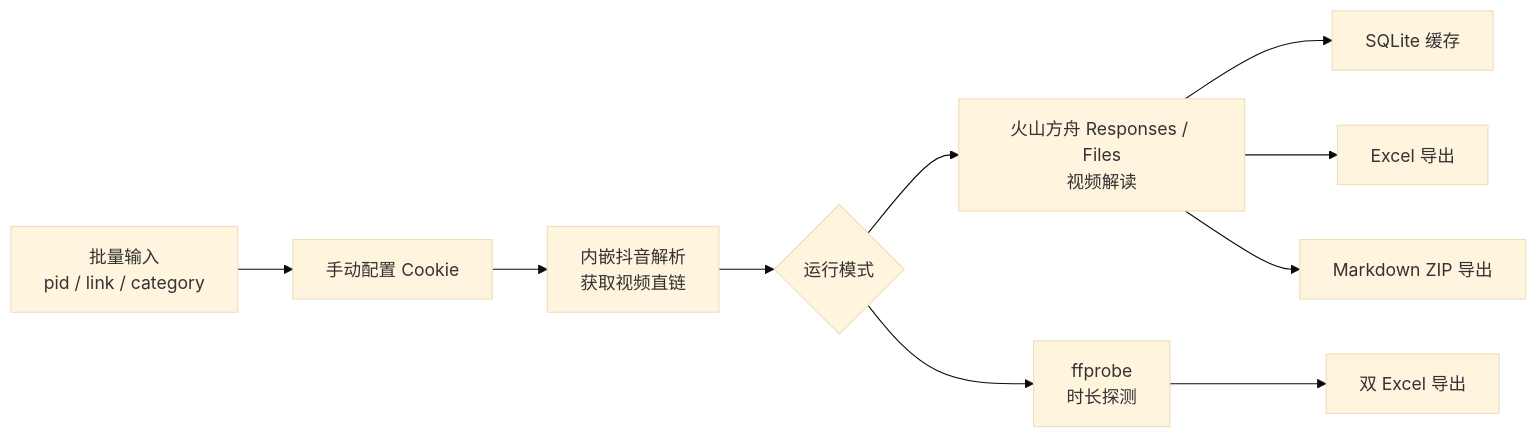
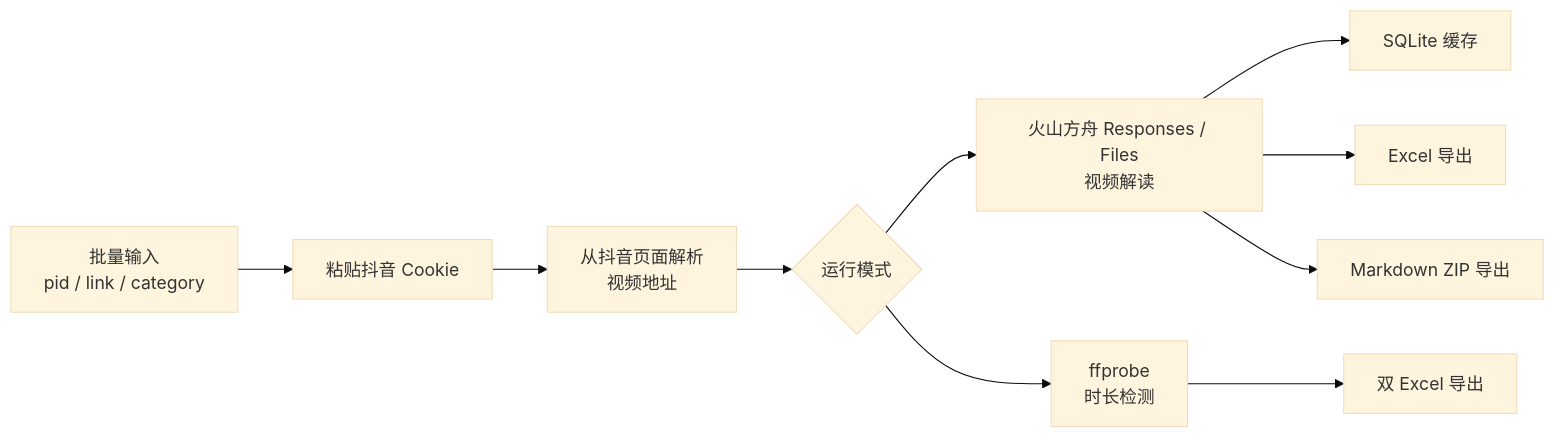
One commit to yycy134679/video2prompt changed the diagram in README.md. Above: the diagram before and after it, drawn with Mermaid (base theme). The commit also changed other lines of this file and 1 other file, not shown here.

````diff
--- a/README.md
+++ b/README.md
@@ -43,12 +42,12 @@
 ```mermaid
 flowchart LR
-  A["批量输入<br/>pid / link / category"] --> B["手动配置 Cookie"]
-  B --> C["内嵌抖音解析<br/>获取视频直链"]
+  A["批量输入<br/>pid / link / category"] --> B["粘贴抖音 Cookie"]
+  B --> C["从抖音页面解析<br/>视频地址"]
   C --> D{"运行模式"}
   D --> E["火山方舟 Responses / Files<br/>视频解读"]
-  D --> F["ffprobe<br/>时长探测"]
+  D --> F["ffprobe<br/>时长检测"]
   E --> G["SQLite 缓存"]
   E --> H["Excel 导出"]
   E --> I["Markdown ZIP 导出"]
   F --> J["双 Excel 导出"]
 ```
````
